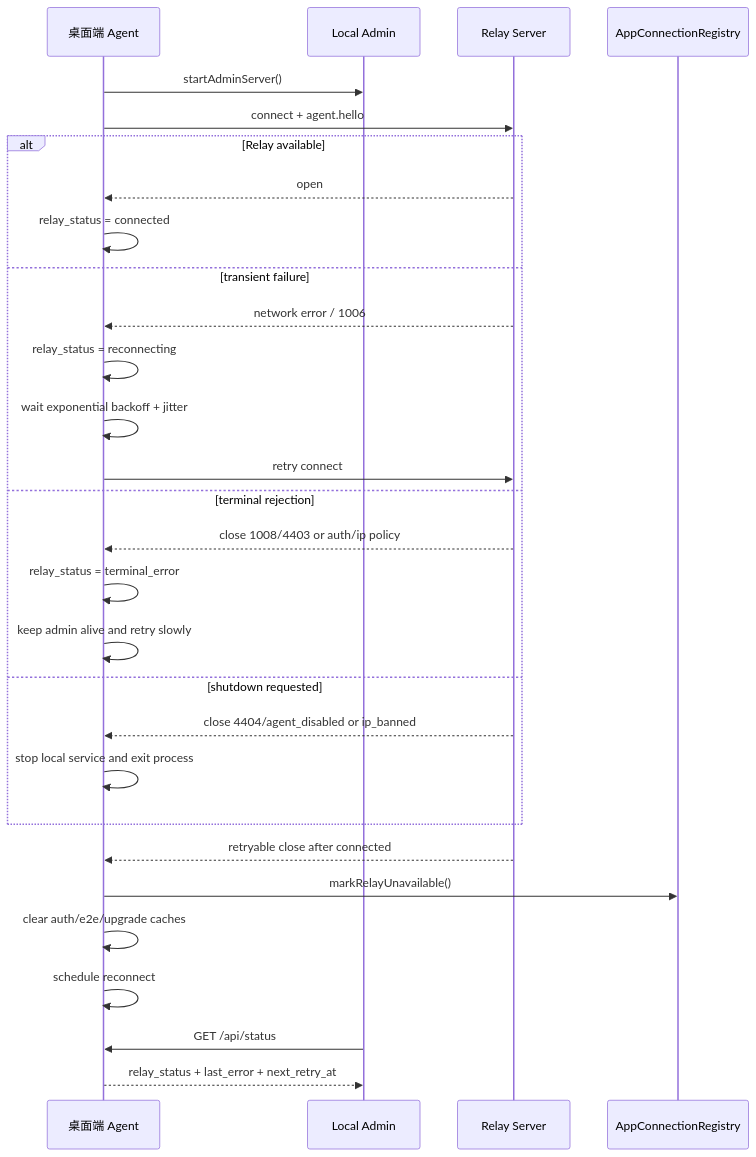
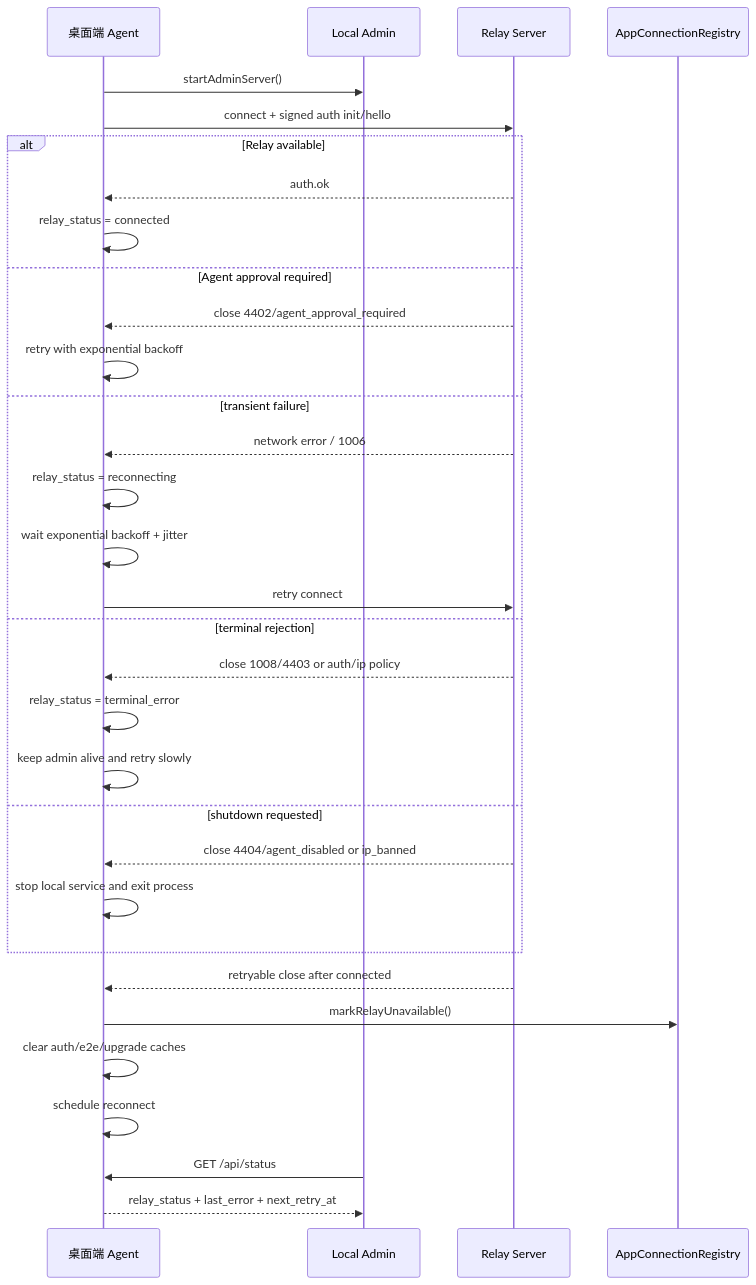
Before and after one commit to zhangbozhb/OmniWork: the second of 2 diagrams in docs/app-installation.md, drawn with Mermaid. The commit also changed other lines of this file and 198 other files, not shown here.

````diff
--- a/docs/app-installation.md
+++ b/docs/app-installation.md
@@ -349,33 +451,36 @@
 ```mermaid
 sequenceDiagram
     participant Agent as 桌面端 Agent
     participant Admin as Local Admin
     participant Relay as Relay Server
     participant Registry as AppConnectionRegistry
 
     Agent->>Admin: startAdminServer()
-    Agent->>Relay: connect + agent.hello
+    Agent->>Relay: connect + signed auth init/hello
     alt Relay available
-        Relay-->>Agent: open
+        Relay-->>Agent: auth.ok
         Agent->>Agent: relay_status = connected
+    else Agent approval required
+        Relay-->>Agent: close 4402/agent_approval_required
+        Agent->>Agent: retry with exponential backoff
     else transient failure
         Relay-->>Agent: network error / 1006
         Agent->>Agent: relay_status = reconnecting
         Agent->>Agent: wait exponential backoff + jitter
         Agent->>Relay: retry connect
     else terminal rejection
         Relay-->>Agent: close 1008/4403 or auth/ip policy
         Agent->>Agent: relay_status = terminal_error
         Agent->>Agent: keep admin alive and retry slowly
     else shutdown requested
         Relay-->>Agent: close 4404/agent_disabled or ip_banned
         Agent->>Agent: stop local service and exit process
     end
 
     Relay-->>Agent: retryable close after connected
     Agent->>Registry: markRelayUnavailable()
     Agent->>Agent: clear auth/e2e/upgrade caches
     Agent->>Agent: schedule reconnect
     Admin->>Agent: GET /api/status
     Agent-->>Admin: relay_status + last_error + next_retry_at
 ```
````
